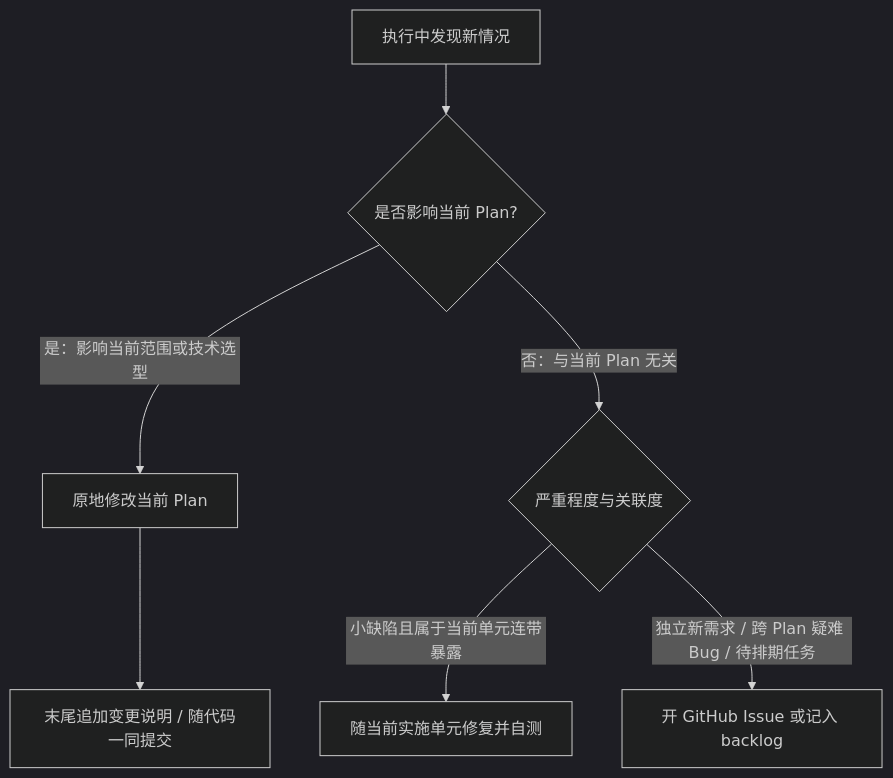
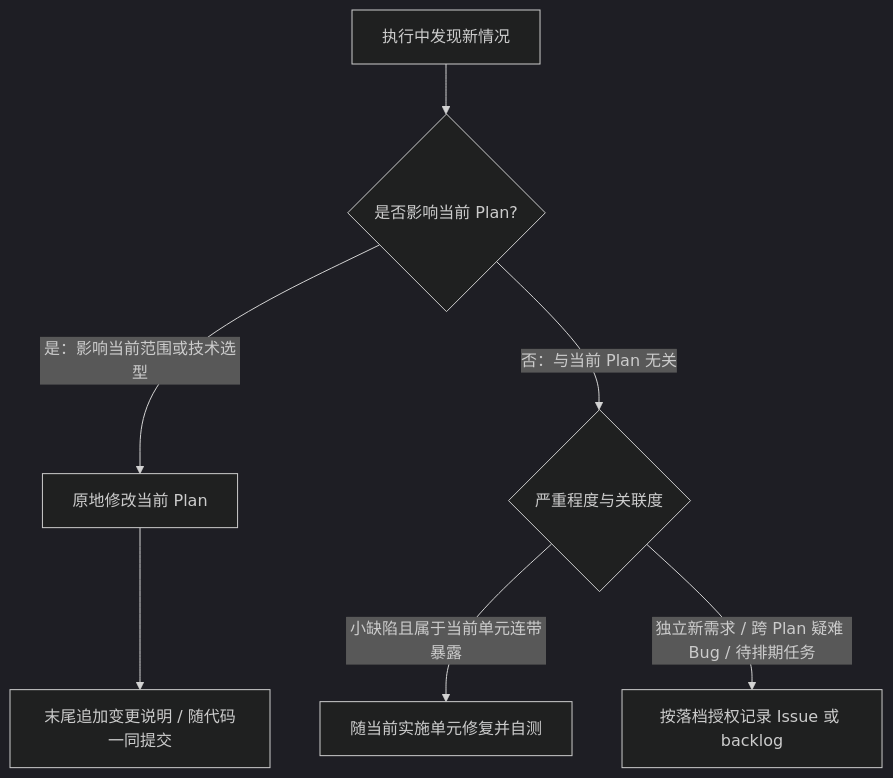
One commit to steven123397/nexuskit-skills changed the diagram in skills/conventions/artifact-lifecycle.md. Above: the diagram before and after it, drawn with Mermaid (dark theme). The commit also changed other lines of this file and 11 other files, not shown here.

````diff
--- a/skills/conventions/artifact-lifecycle.md
+++ b/skills/conventions/artifact-lifecycle.md
@@ -73,9 +73,9 @@
 ```mermaid
 flowchart TD
     D[执行中发现新情况] --> C{是否影响当前 Plan?}
     C -->|是：影响当前范围或技术选型| A[原地修改当前 Plan]
     A --> A1[末尾追加变更说明 / 随代码一同提交]
     C -->|否：与当前 Plan 无关| B{严重程度与关联度}
     B -->|小缺陷且属于当前单元连带暴露| S[随当前实施单元修复并自测]
-    B -->|独立新需求 / 跨 Plan 疑难 Bug / 待排期任务| I[开 GitHub Issue 或记入 backlog]
+    B -->|独立新需求 / 跨 Plan 疑难 Bug / 待排期任务| I[按落档授权记录 Issue 或 backlog]
 ```
````
